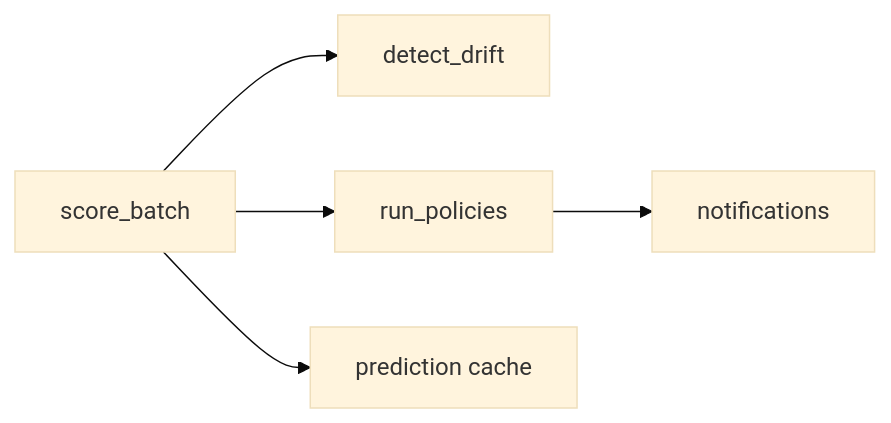
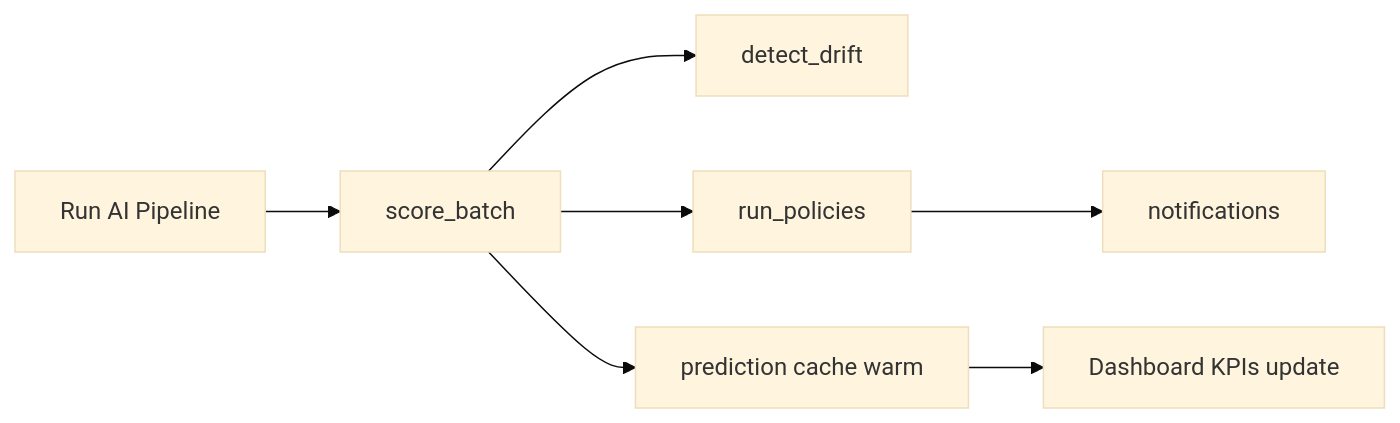
One commit to monishabharadwaj/AssetFlow changed the sixth of 8 diagrams in README.md. Above: the diagram before and after it, drawn with Mermaid (base theme). The commit also changed other lines of this file and 21 other files, not shown here.

````diff
--- a/README.md
+++ b/README.md
@@ -286,7 +223,9 @@
 ```mermaid
 flowchart LR
-  A[score_batch] --> B[detect_drift]
-  A --> C[run_policies]
-  C --> D[notifications]
-  A --> E[prediction cache]
+  A[Run AI Pipeline] --> B[score_batch]
+  B --> C[detect_drift]
+  B --> D[run_policies]
+  D --> E[notifications]
+  B --> F[prediction cache warm]
+  F --> G[Dashboard KPIs update]
 ```
````
